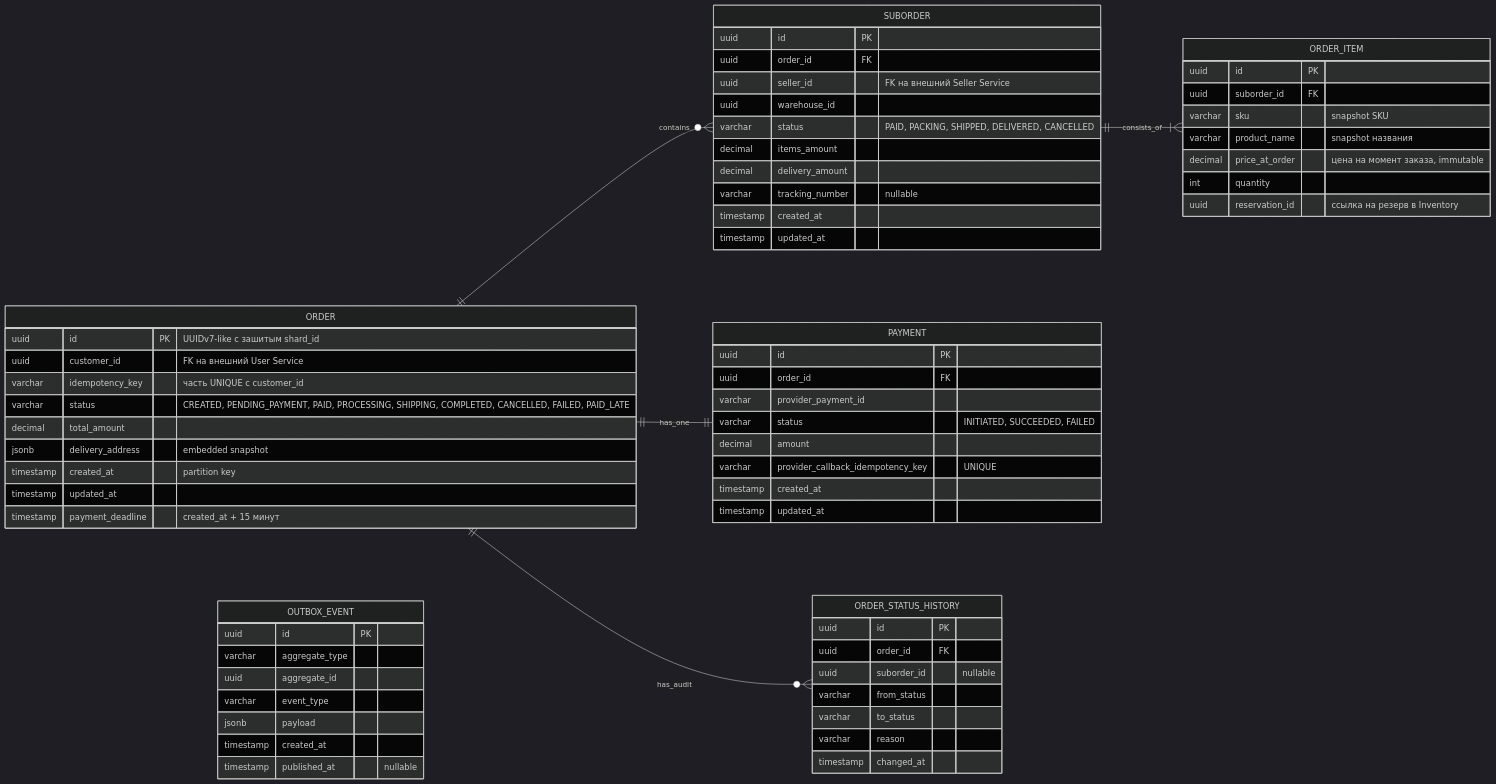
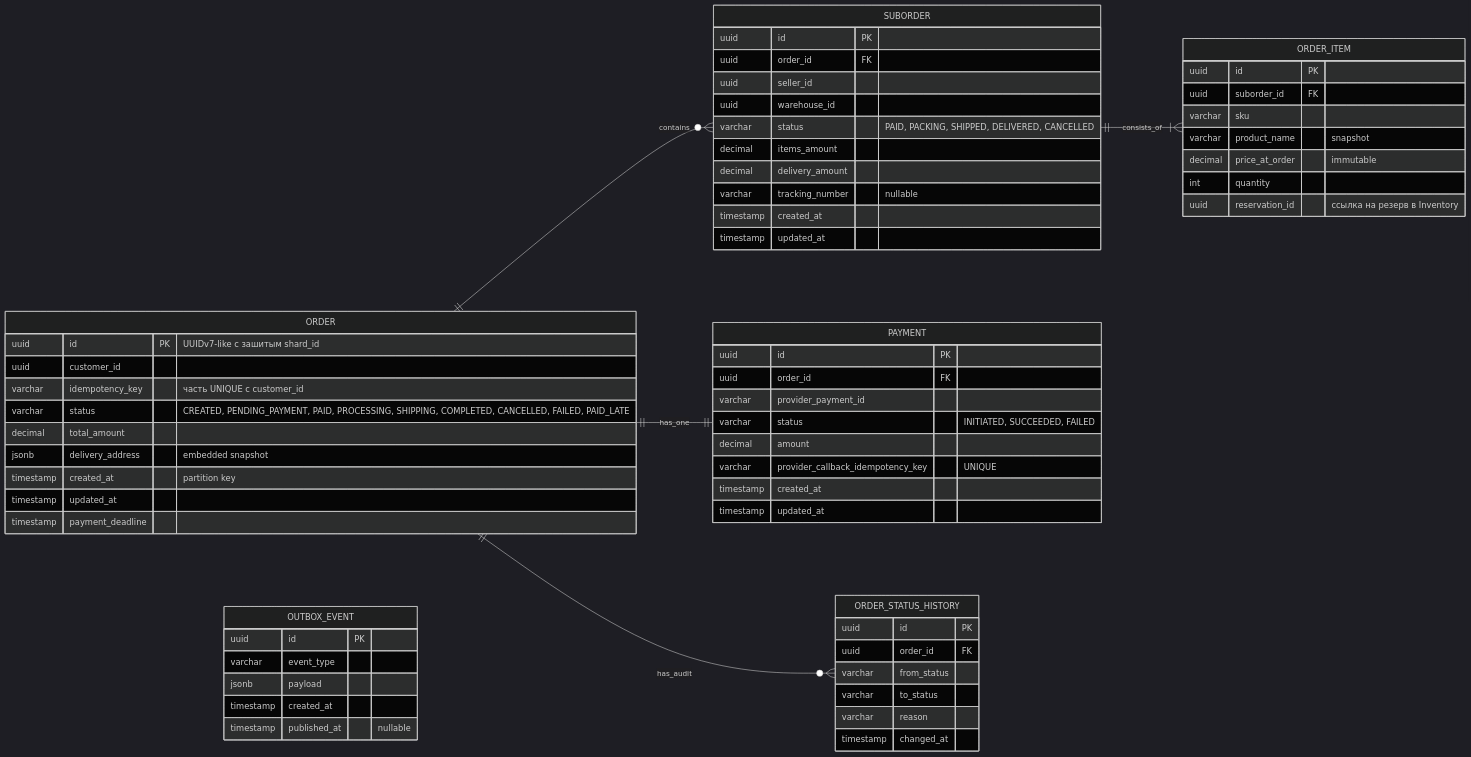
One commit to Unbiscuit/dev_sol changed the first of 9 diagrams in marketplace-order-solution.md. Above: the diagram before and after it, drawn with Mermaid (dark theme). The commit also changed other lines of this file, not shown here.

````diff
--- a/marketplace-order-solution.md
+++ b/marketplace-order-solution.md
@@ -148,75 +137,72 @@
 ```mermaid
 erDiagram
     direction LR
 
     ORDER {
         uuid id PK "UUIDv7-like с зашитым shard_id"
-        uuid customer_id "FK на внешний User Service"
+        uuid customer_id
         varchar idempotency_key "часть UNIQUE с customer_id"
         varchar status "CREATED, PENDING_PAYMENT, PAID, PROCESSING, SHIPPING, COMPLETED, CANCELLED, FAILED, PAID_LATE"
         decimal total_amount
         jsonb delivery_address "embedded snapshot"
         timestamp created_at "partition key"
         timestamp updated_at
-        timestamp payment_deadline "created_at + 15 минут"
+        timestamp payment_deadline
     }
 
     SUBORDER {
         uuid id PK
         uuid order_id FK
-        uuid seller_id "FK на внешний Seller Service"
+        uuid seller_id
         uuid warehouse_id
         varchar status "PAID, PACKING, SHIPPED, DELIVERED, CANCELLED"
         decimal items_amount
         decimal delivery_amount
         varchar tracking_number "nullable"
         timestamp created_at
         timestamp updated_at
     }
 
     ORDER_ITEM {
         uuid id PK
         uuid suborder_id FK
-        varchar sku "snapshot SKU"
-        varchar product_name "snapshot названия"
-        decimal price_at_order "цена на момент заказа, immutable"
+        varchar sku
+        varchar product_name "snapshot"
+        decimal price_at_order "immutable"
         int quantity
         uuid reservation_id "ссылка на резерв в Inventory"
     }
 
     PAYMENT {
         uuid id PK
         uuid order_id FK
         varchar provider_payment_id
         varchar status "INITIATED, SUCCEEDED, FAILED"
         decimal amount
         varchar provider_callback_idempotency_key "UNIQUE"
         timestamp created_at
         timestamp updated_at
     }
 
     ORDER_STATUS_HISTORY {
         uuid id PK
         uuid order_id FK
-        uuid suborder_id "nullable"
         varchar from_status
         varchar to_status
         varchar reason
         timestamp changed_at
     }
 
     OUTBOX_EVENT {
         uuid id PK
-        varchar aggregate_type
-        uuid aggregate_id
         varchar event_type
         jsonb payload
         timestamp created_at
         timestamp published_at "nullable"
     }
 
     ORDER ||--o{ SUBORDER : "contains"
     SUBORDER ||--|{ ORDER_ITEM : "consists_of"
     ORDER ||--|| PAYMENT : "has_one"
     ORDER ||--o{ ORDER_STATUS_HISTORY : "has_audit"
 ```
````
